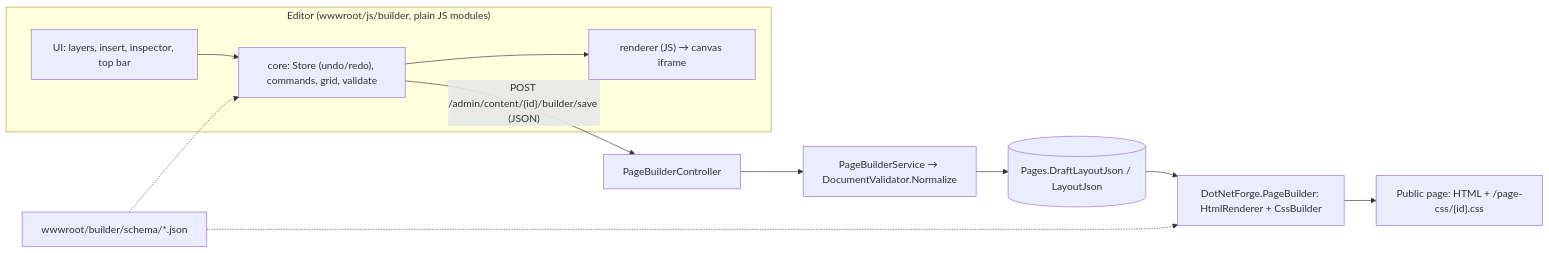
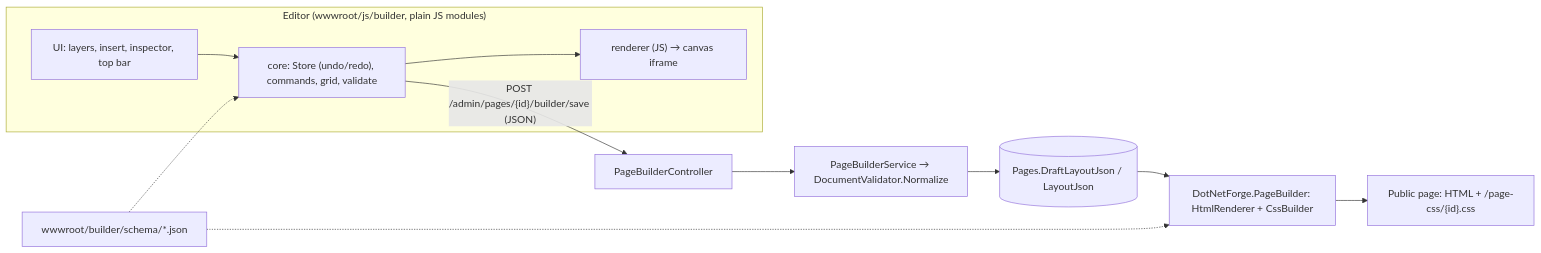
The diagram in .docs/features/page-builder.md (Albadit/DotNetForge), drawn with Mermaid before and after one commit. The commit also changed other lines of this file and 306 other files, not shown here.

Commit message:
add: content manager, content types and api endpoints

````diff
--- a/.docs/features/page-builder.md
+++ b/.docs/features/page-builder.md
@@ -14,14 +15,14 @@
 ```mermaid
 flowchart LR
     subgraph Browser["Editor (wwwroot/js/builder, plain JS modules)"]
         UI["UI: layers, insert, inspector, top bar"] --> Core["core: Store (undo/redo), commands, grid, validate"]
         Core --> R1["renderer (JS) → canvas iframe"]
     end
-    Core -- "POST /admin/content/{id}/builder/save (JSON)" --> API["PageBuilderController"]
+    Core -- "POST /admin/pages/{id}/builder/save (JSON)" --> API["PageBuilderController"]
     API --> SVC["PageBuilderService → DocumentValidator.Normalize"]
     SVC --> DB[("Pages.DraftLayoutJson / LayoutJson")]
     DB --> R2["DotNetForge.PageBuilder: HtmlRenderer + CssBuilder"]
     R2 --> Site["Public page: HTML + /page-css/{id}.css"]
     Schema["wwwroot/builder/schema/*.json"] -.-> Core
     Schema -.-> R2
 ```
````
